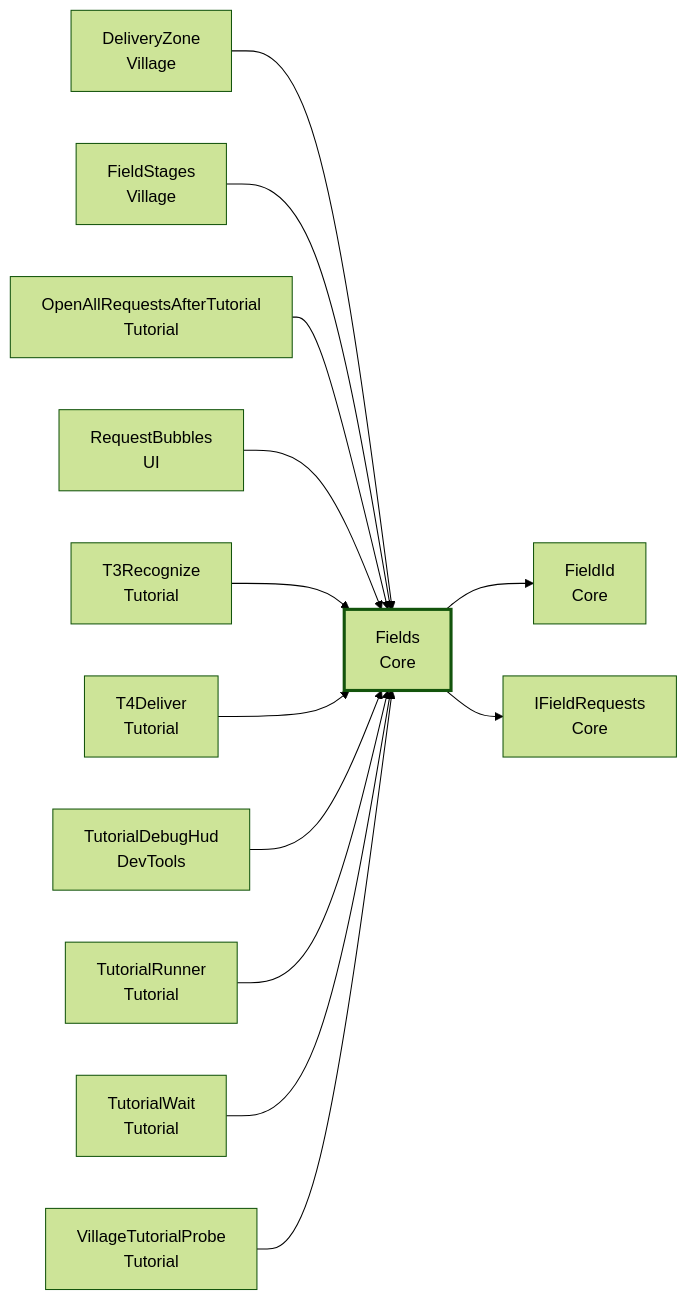
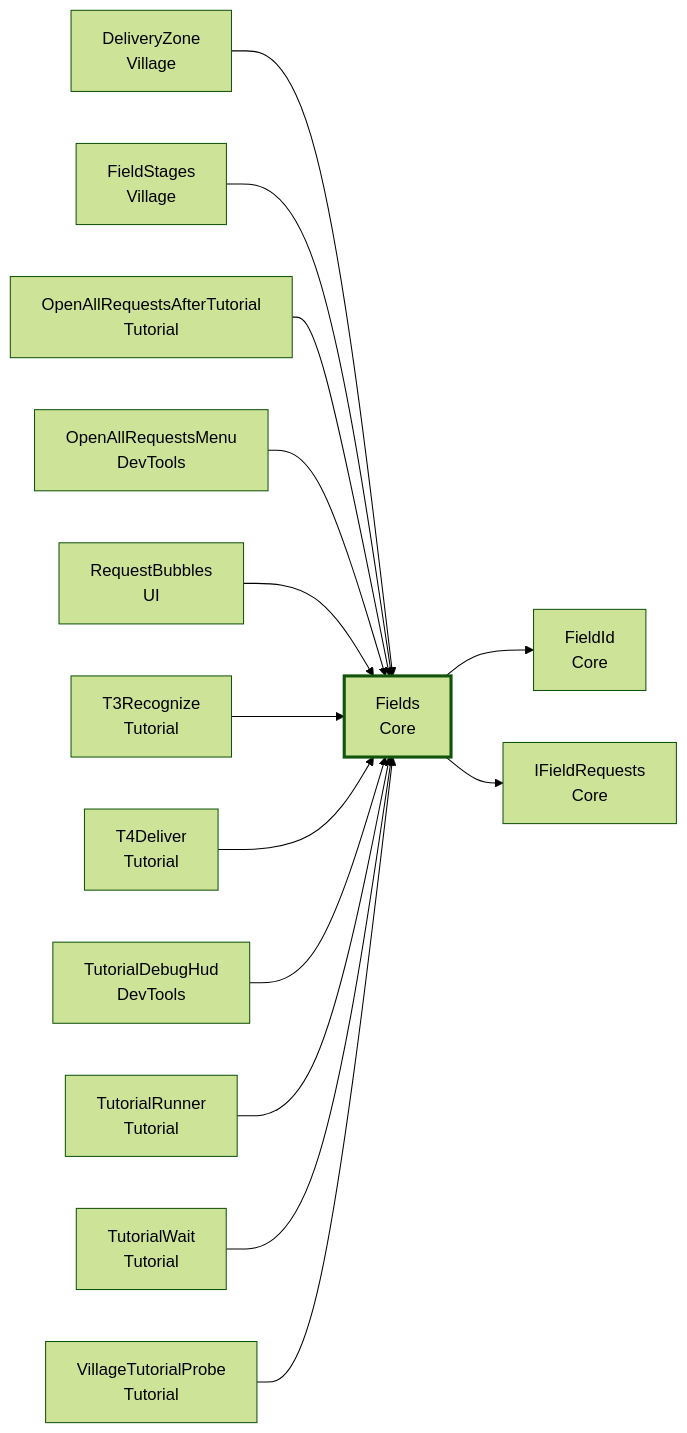
The eighth of 23 diagrams in docs/api/Core.md (Fialuxe/MouthOfGod_System), drawn with Mermaid (forest theme) before and after one commit. The commit also changed other lines of this file and 28 other files, not shown here.

````diff
--- a/docs/api/Core.md
+++ b/docs/api/Core.md
@@ -419,17 +419,18 @@
 ```mermaid
 flowchart LR
   C_Fields["Fields<br/>Core"]:::me
   U_DeliveryZone["DeliveryZone<br/>Village"] --> C_Fields
   U_FieldStages["FieldStages<br/>Village"] --> C_Fields
   U_OpenAllRequestsAfterTutorial["OpenAllRequestsAfterTutorial<br/>Tutorial"] --> C_Fields
+  U_OpenAllRequestsMenu["OpenAllRequestsMenu<br/>DevTools"] --> C_Fields
   U_RequestBubbles["RequestBubbles<br/>UI"] --> C_Fields
   U_T3Recognize["T3Recognize<br/>Tutorial"] --> C_Fields
   U_T4Deliver["T4Deliver<br/>Tutorial"] --> C_Fields
   U_TutorialDebugHud["TutorialDebugHud<br/>DevTools"] --> C_Fields
   U_TutorialRunner["TutorialRunner<br/>Tutorial"] --> C_Fields
   U_TutorialWait["TutorialWait<br/>Tutorial"] --> C_Fields
   U_VillageTutorialProbe["VillageTutorialProbe<br/>Tutorial"] --> C_Fields
   C_Fields --> D_FieldId["FieldId<br/>Core"]
   C_Fields --> D_IFieldRequests["IFieldRequests<br/>Core"]
   classDef me stroke-width:3px
 ```
````
